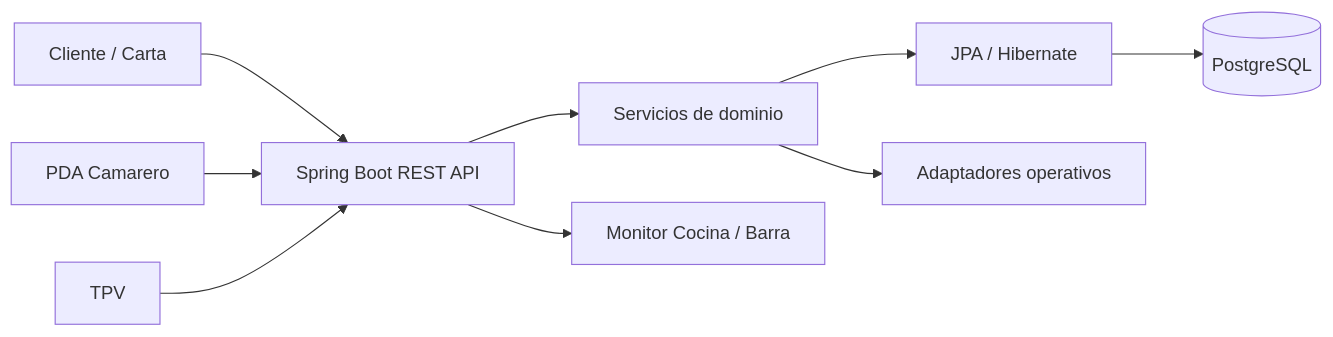
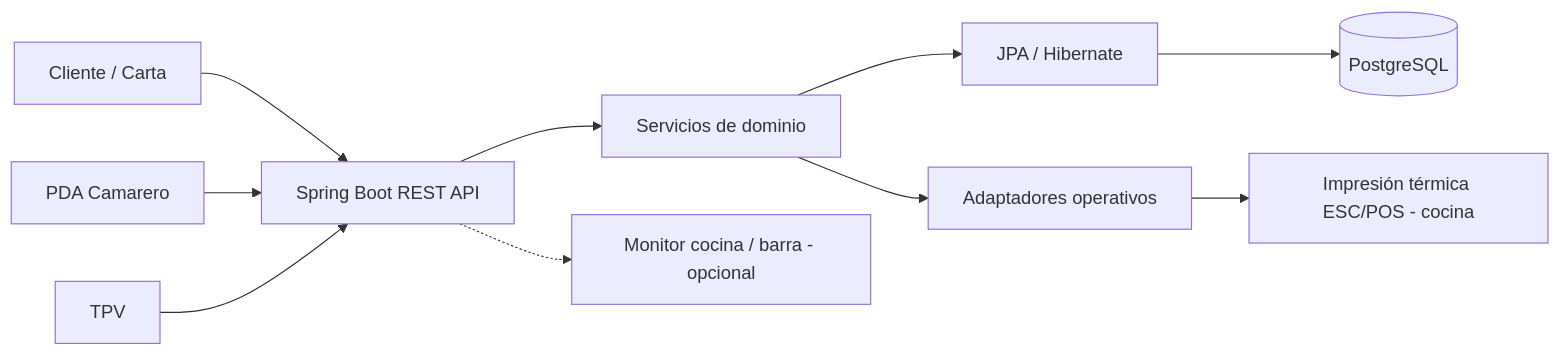
The diagram in README.md (jav-anibal/conectamesa-showcase), drawn with Mermaid before and after one commit. The commit also changed other lines of this file, not shown here.

````diff
--- a/README.md
+++ b/README.md
@@ -50,11 +50,12 @@
 ```mermaid
 flowchart LR
     C[Cliente / Carta] --> API[Spring Boot REST API]
     P[PDA Camarero] --> API
     T[TPV] --> API
     API --> S[Servicios de dominio]
     S --> JPA[JPA / Hibernate]
     JPA --> DB[(PostgreSQL)]
     S --> O[Adaptadores operativos]
-    API --> M[Monitor Cocina / Barra]
+    O --> I[Impresión térmica ESC/POS - cocina]
+    API -.-> M[Monitor cocina / barra - opcional]
 ```
````
